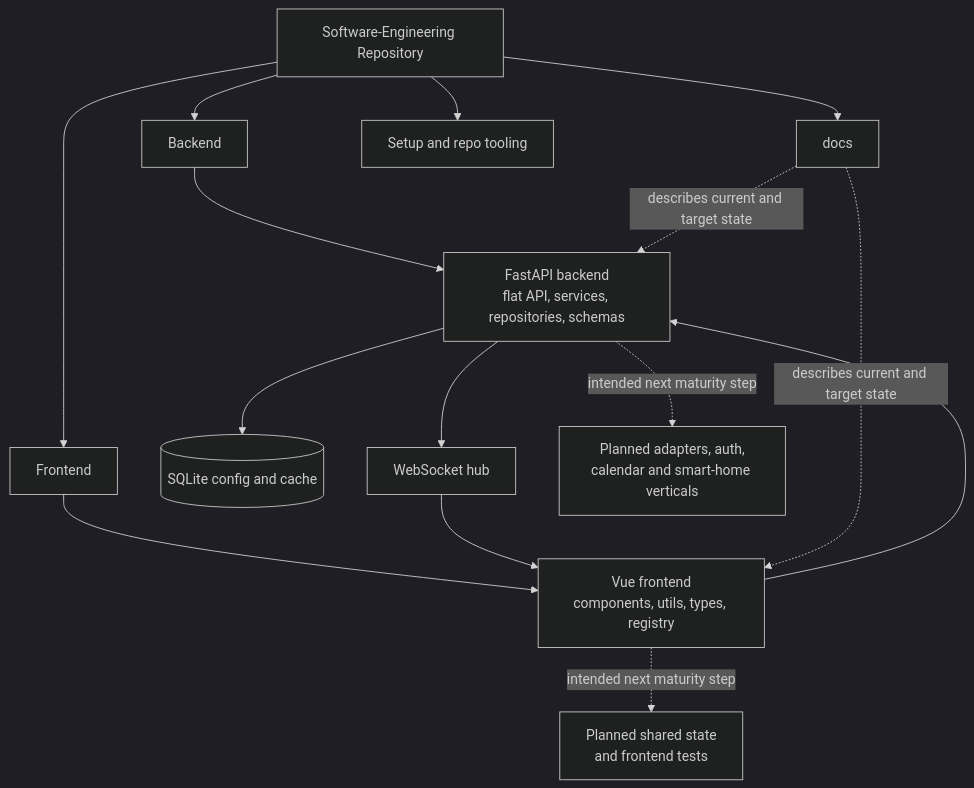
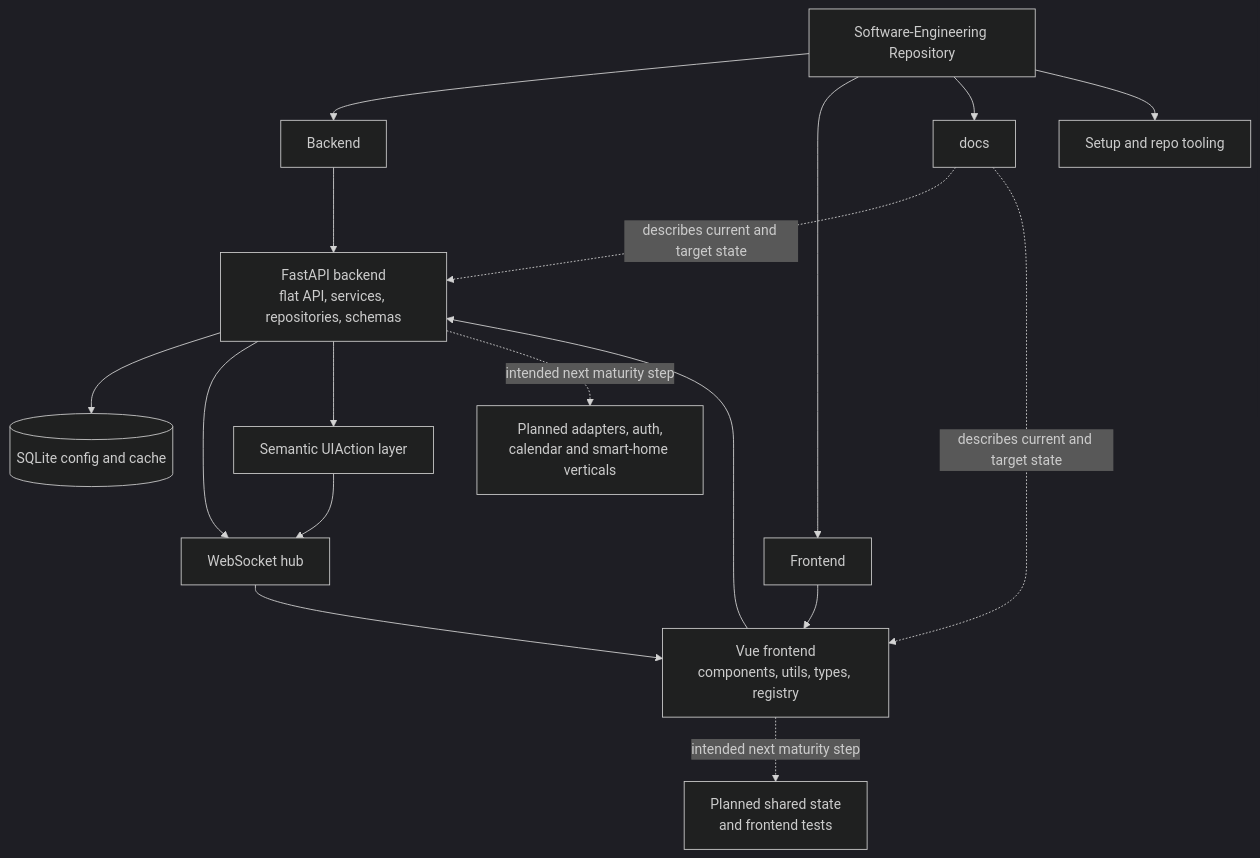
Before and after one commit to SebastianRieger/Software-Engineering: the diagram in repoArch.md, drawn with Mermaid (dark theme). The commit also changed other lines of this file and 30 other files, not shown here.

````diff
--- a/repoArch.md
+++ b/repoArch.md
@@ -83,33 +83,36 @@
 ```mermaid
 flowchart TB
     Repo[Software-Engineering Repository]
 
     BackendDir[Backend]
     FrontendDir[Frontend]
     DocsDir[docs]
     Support[Setup and repo tooling]
 
     FrontendApp[Vue frontend\ncomponents, utils, types, registry]
     BackendApp[FastAPI backend\nflat API, services, repositories, schemas]
     SQLite[(SQLite config and cache)]
     WS[WebSocket hub]
+    UIActions[Semantic UIAction layer]
 
     PlannedFrontend[Planned shared state\nand frontend tests]
     PlannedBackend[Planned adapters, auth,\ncalendar and smart-home verticals]
 
     Repo --> BackendDir
     Repo --> FrontendDir
     Repo --> DocsDir
     Repo --> Support
 
     BackendDir --> BackendApp
     FrontendDir --> FrontendApp
     FrontendApp --> BackendApp
     BackendApp --> SQLite
     BackendApp --> WS
+    BackendApp --> UIActions
+    UIActions --> WS
     WS --> FrontendApp
     FrontendApp -. intended next maturity step .-> PlannedFrontend
     BackendApp -. intended next maturity step .-> PlannedBackend
     DocsDir -. describes current and target state .-> BackendApp
     DocsDir -. describes current and target state .-> FrontendApp
 ```
````
